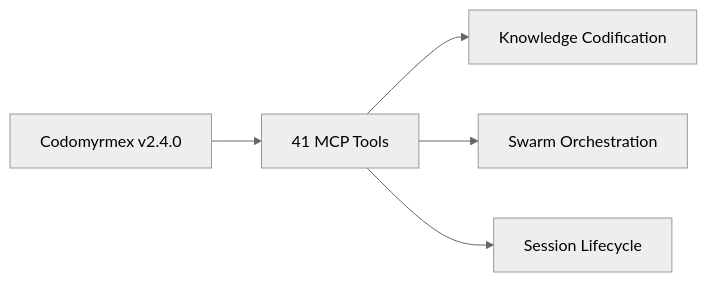
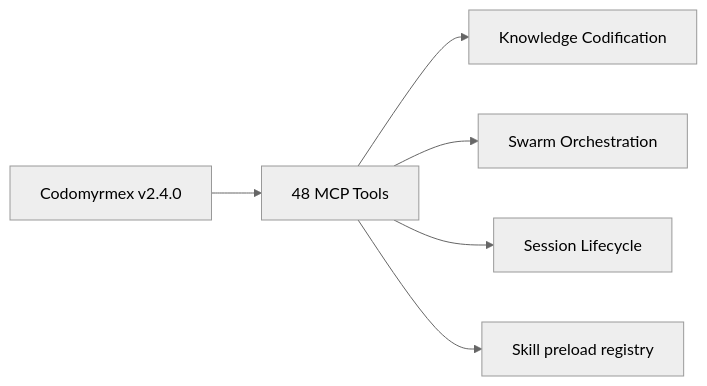
One commit to docxology/codomyrmex changed the sixth of 6 diagrams in docs/agents/hermes/codomyrmex_integration.md. Above: the diagram before and after it, drawn with Mermaid (neutral theme). The commit also changed other lines of this file and 50 other files, not shown here.

````diff
--- a/docs/agents/hermes/codomyrmex_integration.md
+++ b/docs/agents/hermes/codomyrmex_integration.md
@@ -361,7 +378,8 @@
 ```mermaid
 graph LR
-    A[Codomyrmex v2.4.0] --> B[41 MCP Tools]
+    A[Codomyrmex v2.4.0] --> B[48 MCP Tools]
     B --> C[Knowledge Codification]
     B --> D[Swarm Orchestration]
     B --> E[Session Lifecycle]
+    B --> F[Skill preload registry]
 ```
````
